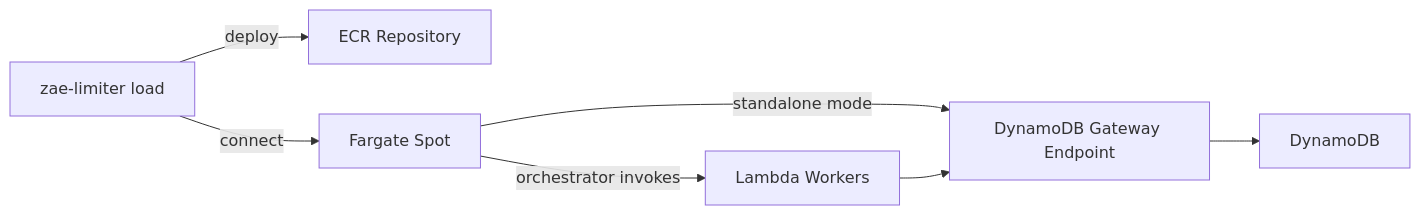
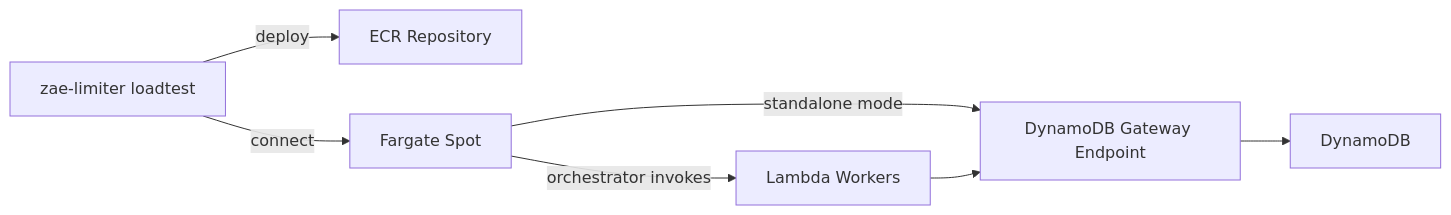
The diagram in docs/operations/load-testing.md (zeroae/zae-limiter), drawn with Mermaid before and after one commit. The commit also changed other lines of this file and 1 other file, not shown here.

First line of the commit message:
🐛 fix(docs): rename `load` → `loadtest` and `calibrate` → `tune` in docs

````diff
--- a/docs/operations/load-testing.md
+++ b/docs/operations/load-testing.md
@@ -7,16 +7,16 @@
 ```mermaid
 flowchart LR
-    CLI[zae-limiter load]
+    CLI[zae-limiter loadtest]
     ECR[ECR Repository]
     ECS[Fargate Spot]
     LAMBDA[Lambda Workers]
     DDB[DynamoDB]
     VPCE[DynamoDB Gateway Endpoint]
 
     CLI -->|deploy| ECR
     CLI -->|connect| ECS
     ECS -->|orchestrator invokes| LAMBDA
     ECS -->|standalone mode| VPCE
     LAMBDA --> VPCE
     VPCE --> DDB
 ```
````
